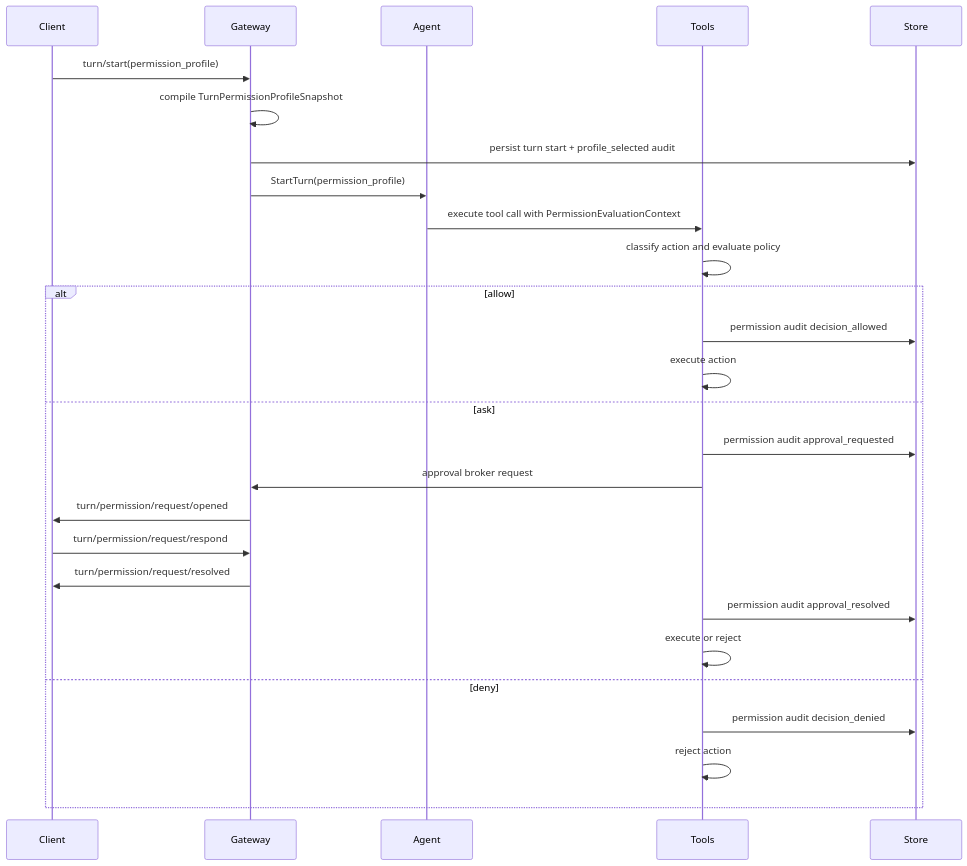
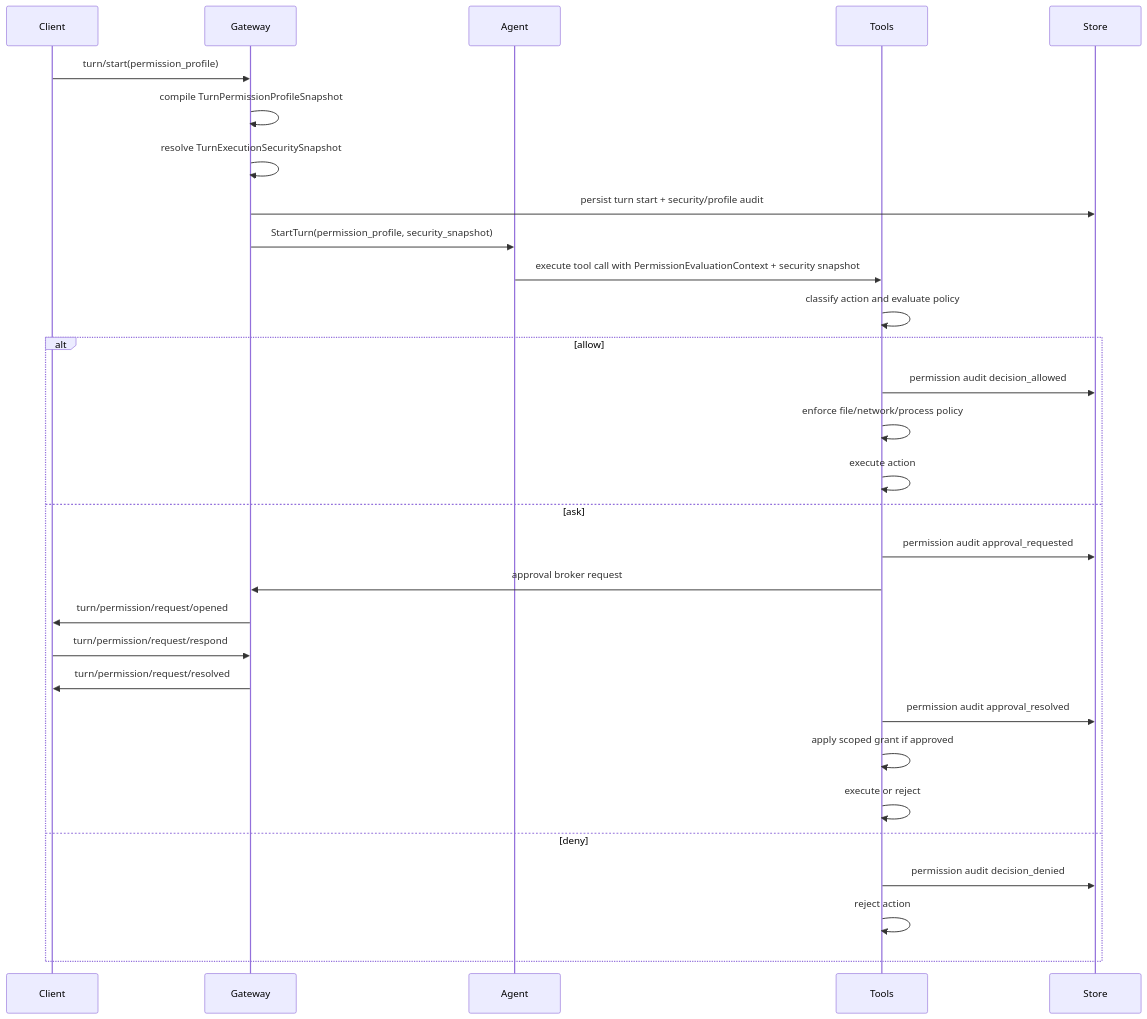
Before and after one commit to pioneerdotai/docs: the diagram in architecture/permissions.mdx, drawn with Mermaid. The commit also changed other lines of this file and 37 other files, not shown here.

````diff
--- a/architecture/permissions.mdx
+++ b/architecture/permissions.mdx
@@ -61,30 +105,33 @@
 ```mermaid
 sequenceDiagram
   participant Client
   participant Gateway
   participant Agent
   participant Tools
   participant Store
 
   Client->>Gateway: turn/start(permission_profile)
   Gateway->>Gateway: compile TurnPermissionProfileSnapshot
-  Gateway->>Store: persist turn start + profile_selected audit
-  Gateway->>Agent: StartTurn(permission_profile)
-  Agent->>Tools: execute tool call with PermissionEvaluationContext
+  Gateway->>Gateway: resolve TurnExecutionSecuritySnapshot
+  Gateway->>Store: persist turn start + security/profile audit
+  Gateway->>Agent: StartTurn(permission_profile, security_snapshot)
+  Agent->>Tools: execute tool call with PermissionEvaluationContext + security snapshot
   Tools->>Tools: classify action and evaluate policy
   alt allow
     Tools->>Store: permission audit decision_allowed
+    Tools->>Tools: enforce file/network/process policy
     Tools->>Tools: execute action
   else ask
     Tools->>Store: permission audit approval_requested
     Tools->>Gateway: approval broker request
     Gateway->>Client: turn/permission/request/opened
     Client->>Gateway: turn/permission/request/respond
     Gateway->>Client: turn/permission/request/resolved
     Tools->>Store: permission audit approval_resolved
+    Tools->>Tools: apply scoped grant if approved
     Tools->>Tools: execute or reject
   else deny
     Tools->>Store: permission audit decision_denied
     Tools->>Tools: reject action
   end
 ```
````
